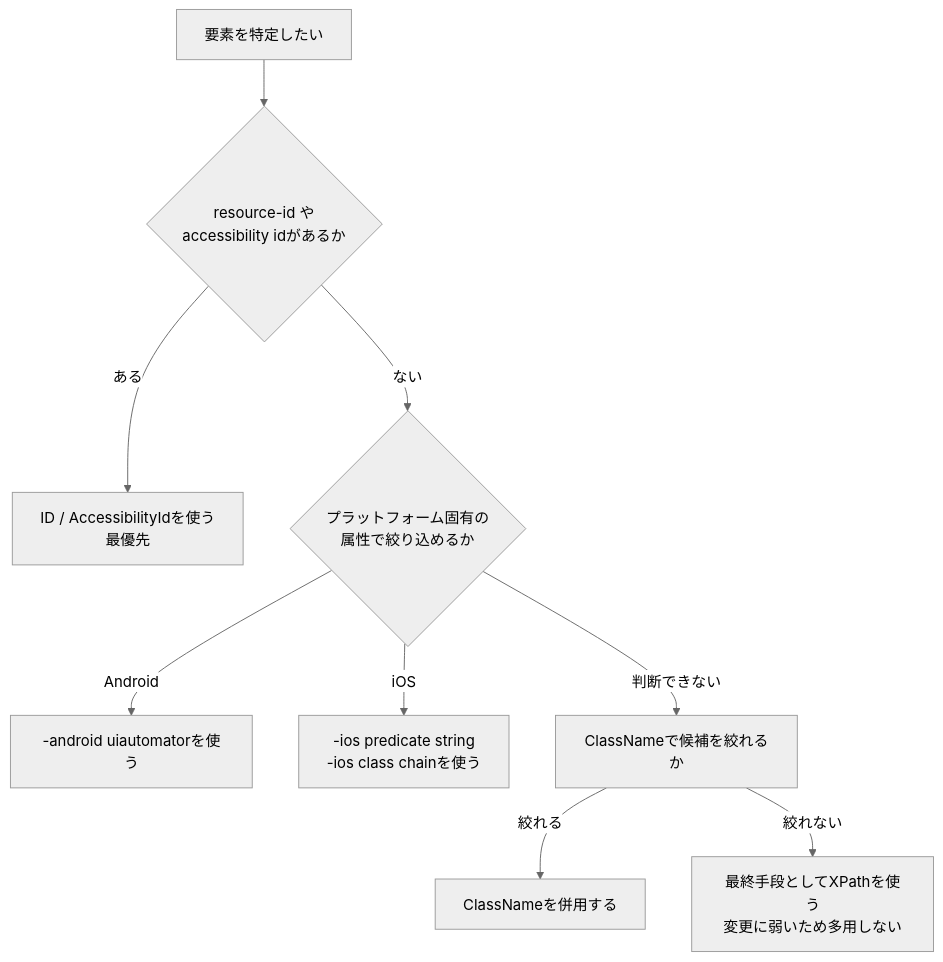
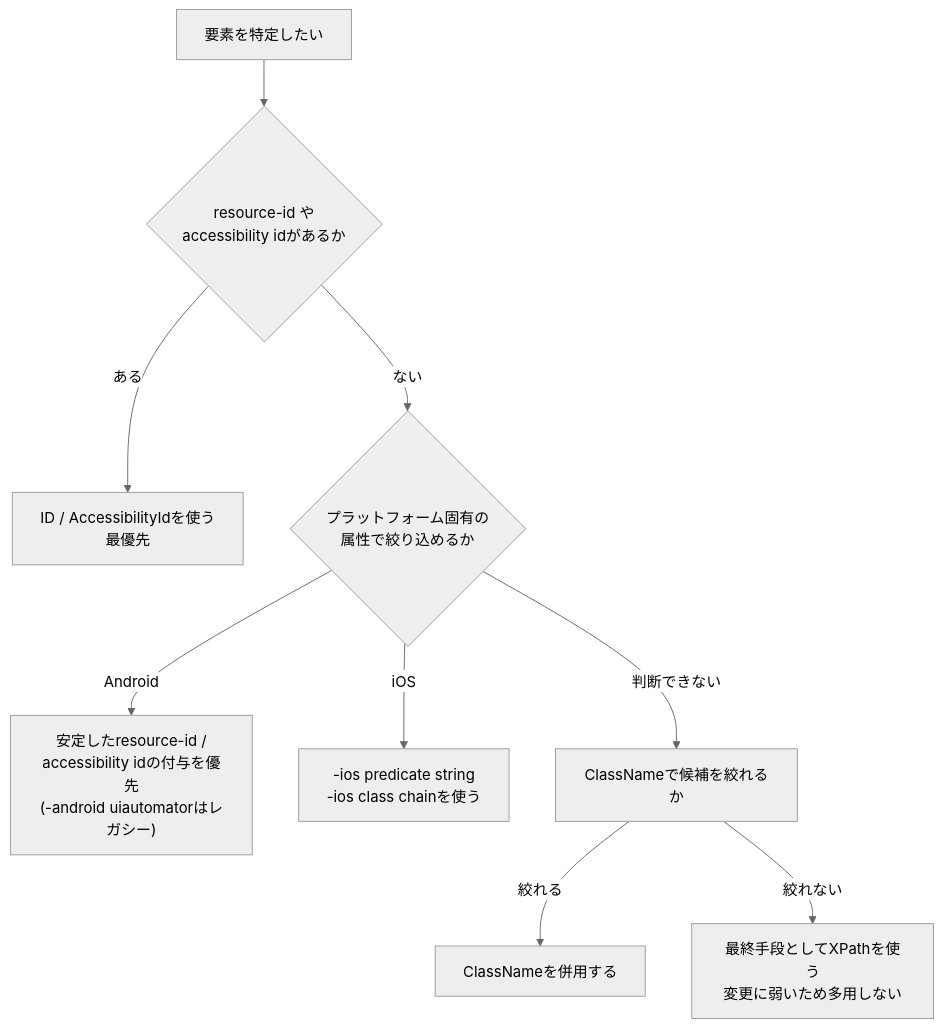
One commit to myoshi2891/Quality-Assurance-Studies changed the fourth of 7 diagrams in Appium-essentials-guide.md. Above: the diagram before and after it, drawn with Mermaid (neutral theme). The commit also changed other lines of this file, not shown here.

````diff
--- a/Appium-essentials-guide.md
+++ b/Appium-essentials-guide.md
@@ -391,11 +391,11 @@
 ```mermaid
 flowchart TD
     A["要素を特定したい"] --> B{"resource-id や<br/>accessibility idがあるか"}
     B -->|"ある"| C["ID / AccessibilityIdを使う<br/>最優先"]
     B -->|"ない"| D{"プラットフォーム固有の<br/>属性で絞り込めるか"}
-    D -->|"Android"| E["-android uiautomatorを使う"]
+    D -->|"Android"| E["安定したresource-id /<br/>accessibility idの付与を優先<br/>(-android uiautomatorはレガシー)"]
     D -->|"iOS"| F["-ios predicate string<br/>-ios class chainを使う"]
     D -->|"判断できない"| G["ClassNameで候補を絞れるか"]
     G -->|"絞れる"| H["ClassNameを併用する"]
     G -->|"絞れない"| I["最終手段としてXPathを使う<br/>変更に弱いため多用しない"]
 ```
````
